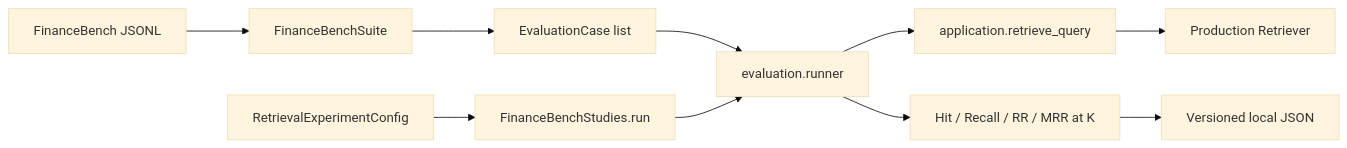
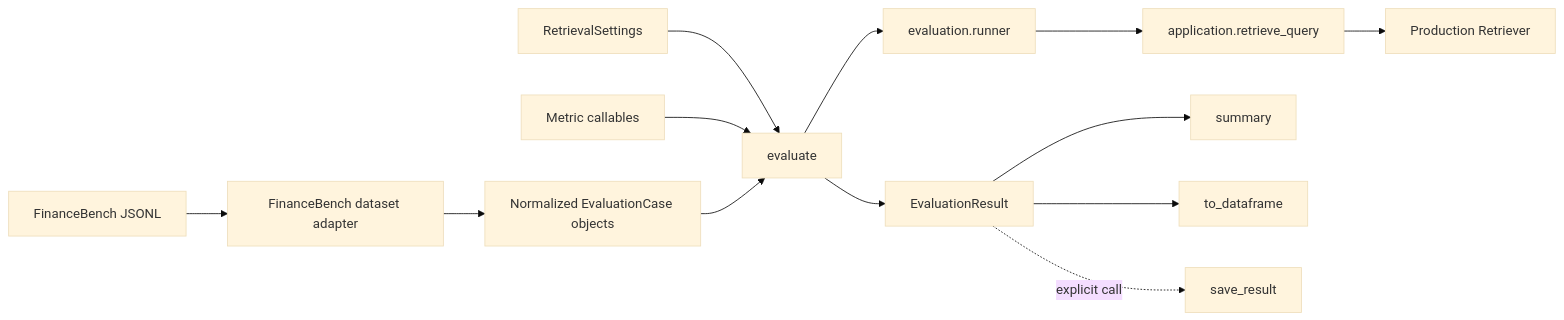
Before and after one commit to desire-del/finnexus: the third of 3 diagrams in FINNEXUS_CURRENT_ARCHITECTURE_AND_EVALUATION_CONTEXT.md, drawn with Mermaid (base theme). The commit also changed other lines of this file, not shown here.

Commit message:
docs: document notebook evaluation workflow

````diff
--- a/FINNEXUS_CURRENT_ARCHITECTURE_AND_EVALUATION_CONTEXT.md
+++ b/FINNEXUS_CURRENT_ARCHITECTURE_AND_EVALUATION_CONTEXT.md
@@ -313,12 +323,15 @@
 ```mermaid
 flowchart LR
-    RAW[FinanceBench JSONL] --> SUITE[FinanceBenchSuite]
-    SUITE --> CASES[EvaluationCase list]
-    CONFIG[RetrievalExperimentConfig] --> STUDY[FinanceBenchStudies.run]
-    CASES --> RUNNER[evaluation.runner]
-    STUDY --> RUNNER
+    RAW[FinanceBench JSONL] --> DATASET[FinanceBench dataset adapter]
+    DATASET --> CASES[Normalized EvaluationCase objects]
+    SETTINGS[RetrievalSettings] --> EVAL[evaluate]
+    METRICS[Metric callables] --> EVAL
+    CASES --> EVAL
+    EVAL --> RUNNER[evaluation.runner]
     RUNNER --> QUERY[application.retrieve_query]
     QUERY --> RET[Production Retriever]
-    RUNNER --> METRICS[Hit / Recall / RR / MRR at K]
-    METRICS --> ARTIFACT[Versioned local JSON]
+    EVAL --> RESULT[EvaluationResult]
+    RESULT --> SUMMARY[summary]
+    RESULT --> FRAME[to_dataframe]
+    RESULT -. explicit call .-> SAVE[save_result]
 ```
````
